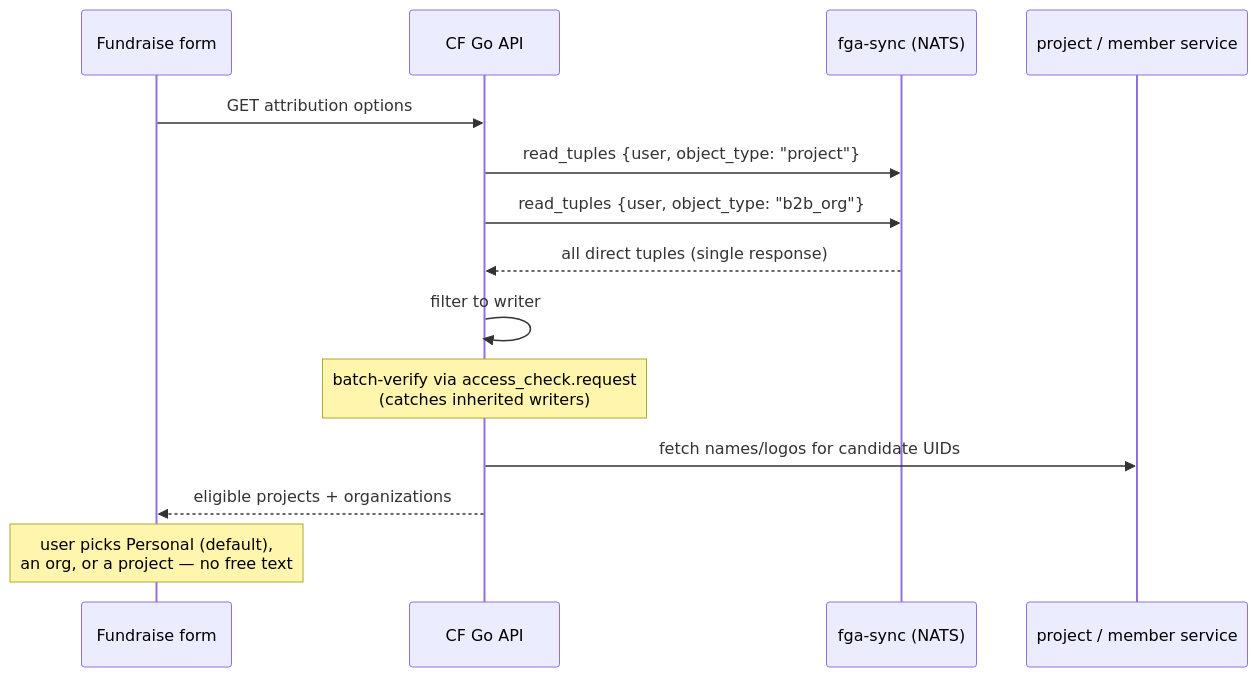
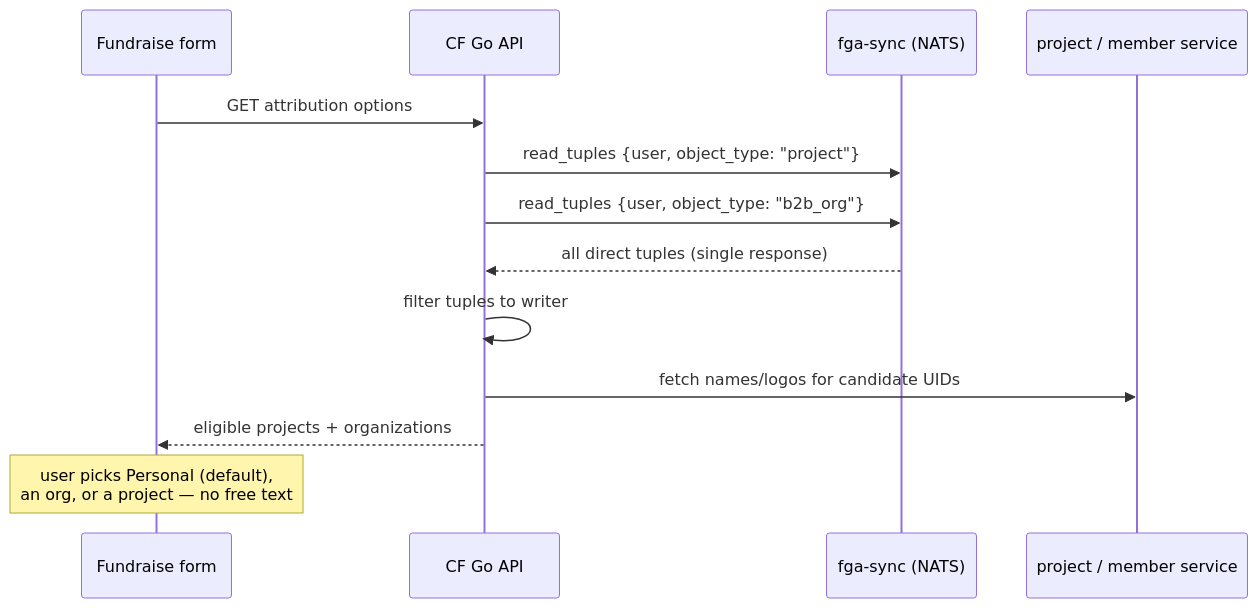
One commit to linuxfoundation/lfx-crowdfunding changed the fourth of 4 diagrams in backend/docs/rewrite/11-initiative-attribution-and-access.md. Above: the diagram before and after it, drawn with Mermaid. The commit also changed other lines of this file, not shown here.

````diff
--- a/backend/docs/rewrite/11-initiative-attribution-and-access.md
+++ b/backend/docs/rewrite/11-initiative-attribution-and-access.md
@@ -253,17 +246,16 @@
 ```mermaid
 sequenceDiagram
     participant FE as Fundraise form
     participant API as CF Go API
     participant FS as fga-sync (NATS)
     participant PS as project / member service
 
     FE->>API: GET attribution options
     API->>FS: read_tuples {user, object_type: "project"}
     API->>FS: read_tuples {user, object_type: "b2b_org"}
     FS-->>API: all direct tuples (single response)
-    API->>API: filter to writer
-    Note over API: batch-verify via access_check.request<br/>(catches inherited writers)
+    API->>API: filter tuples to writer
     API->>PS: fetch names/logos for candidate UIDs
     API-->>FE: eligible projects + organizations
     Note over FE: user picks Personal (default),<br/>an org, or a project — no free text
 ```
````
